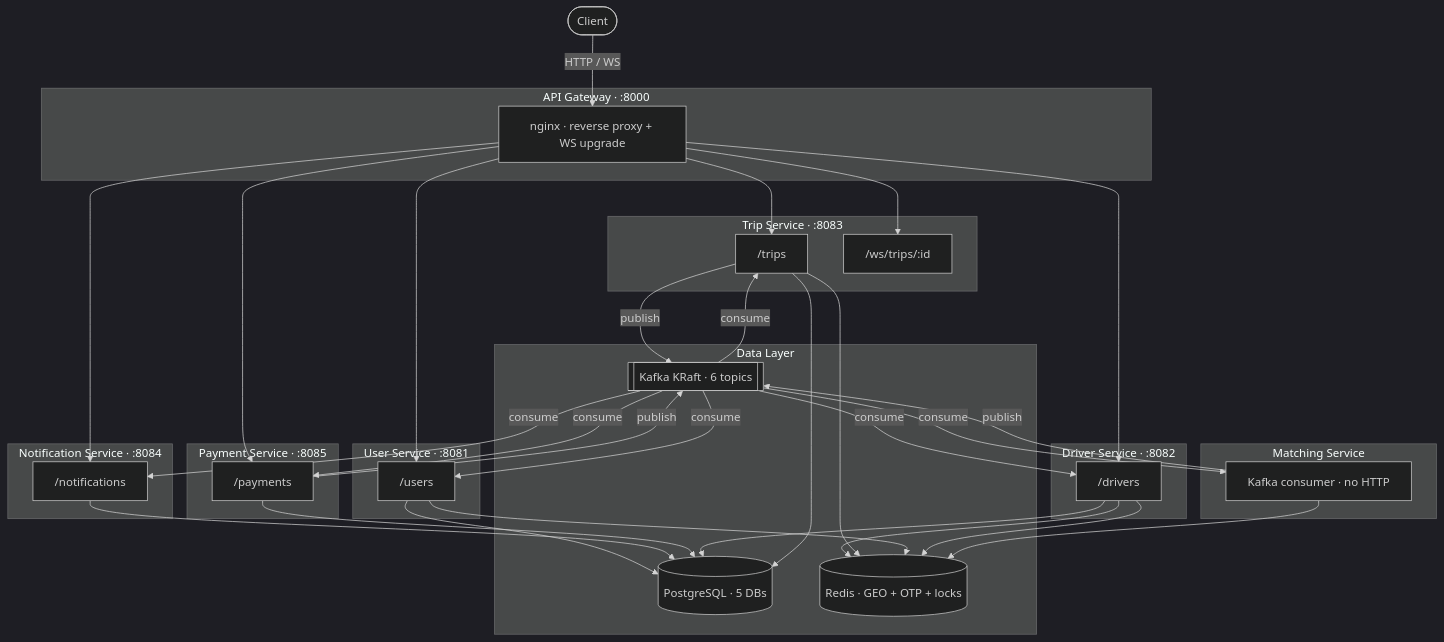
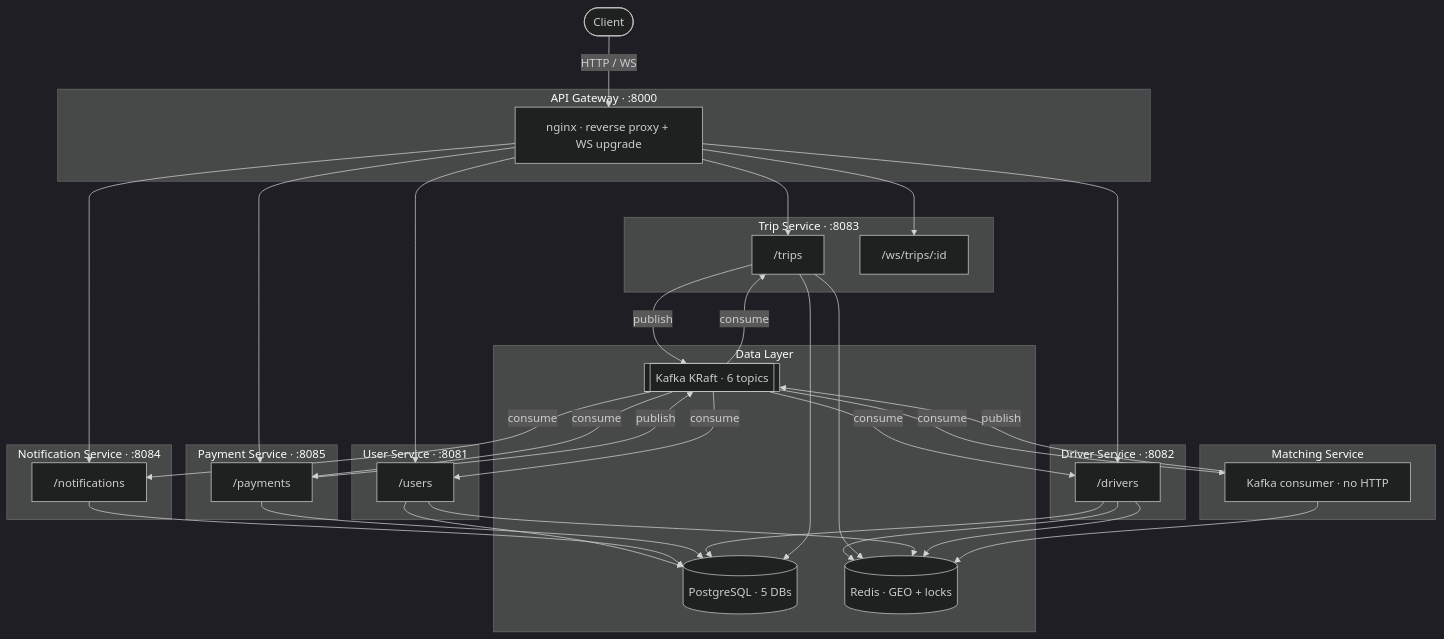
One commit to SaiKrishnaMulukutla/uber changed the diagram in README.md. Above: the diagram before and after it, drawn with Mermaid (dark theme). The commit also changed other lines of this file, not shown here.

````diff
--- a/README.md
+++ b/README.md
@@ -9,45 +47,45 @@
 ```mermaid
 flowchart TD
     Client(["Client"])
 
     subgraph Gateway["API Gateway · :8000"]
         Nginx["nginx · reverse proxy + WS upgrade"]
     end
 
     subgraph UserSvc["User Service · :8081"]
         U["/users"]
     end
     subgraph DriverSvc["Driver Service · :8082"]
         D["/drivers"]
     end
     subgraph TripSvc["Trip Service · :8083"]
         T["/trips"]
         WS["/ws/trips/:id"]
     end
     subgraph MatchSvc["Matching Service"]
         M["Kafka consumer · no HTTP"]
     end
     subgraph NotifSvc["Notification Service · :8084"]
         N["/notifications"]
     end
     subgraph PaySvc["Payment Service · :8085"]
         P["/payments"]
     end
 
     subgraph Data["Data Layer"]
         PG[("PostgreSQL · 5 DBs")]
-        Redis[("Redis · GEO + OTP + locks")]
+        Redis[("Redis · GEO + locks")]
         Kafka[["Kafka KRaft · 6 topics"]]
     end
 
     Client -->|HTTP / WS| Nginx
     Nginx --> U & D & T & WS & N & P
 
     U & N & P --> PG
     D & T --> PG & Redis
     U & D --> Redis
     T & P -->|publish| Kafka
     Kafka -->|consume| M & D & U & N & P & T
     M --> Redis
     M -->|publish| Kafka
 ```
````
